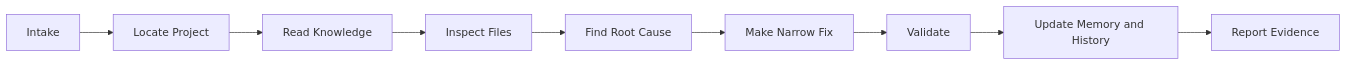
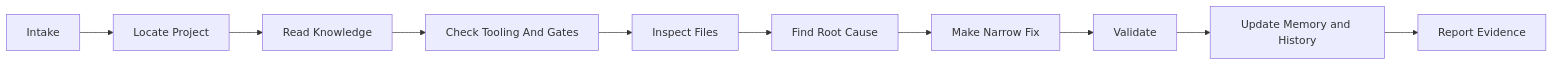
Before and after one commit to swayerloren/salesforce-coding: the diagram in WIKI_DRAFTS/How-Codex-Should-Use-This-Repo.md, drawn with Mermaid. The commit also changed other lines of this file and 84 other files, not shown here.

Commit message:
Add Salesforce tooling references and Codex quality gates

````diff
--- a/WIKI_DRAFTS/How-Codex-Should-Use-This-Repo.md
+++ b/WIKI_DRAFTS/How-Codex-Should-Use-This-Repo.md
@@ -20,11 +21,12 @@
 ```mermaid
 flowchart LR
   A[Intake] --> B[Locate Project]
   B --> C[Read Knowledge]
-  C --> D[Inspect Files]
-  D --> E[Find Root Cause]
-  E --> F[Make Narrow Fix]
-  F --> G[Validate]
-  G --> H[Update Memory and History]
-  H --> I[Report Evidence]
+  C --> D[Check Tooling And Gates]
+  D --> E[Inspect Files]
+  E --> F[Find Root Cause]
+  F --> G[Make Narrow Fix]
+  G --> H[Validate]
+  H --> I[Update Memory and History]
+  I --> J[Report Evidence]
 ```
````
